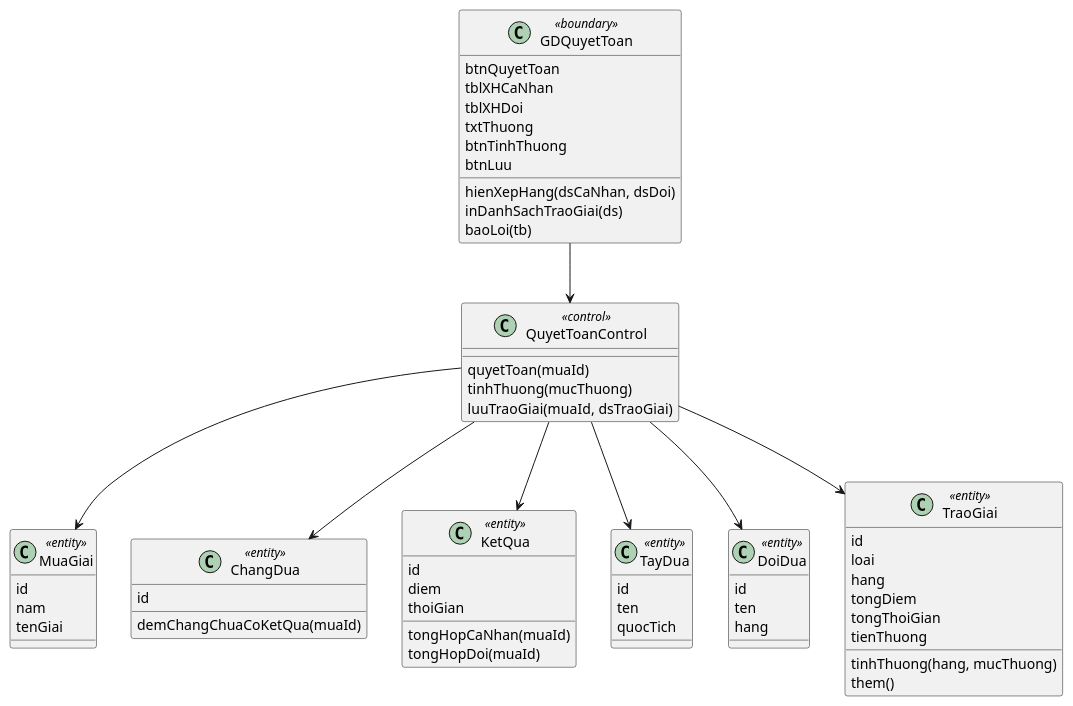
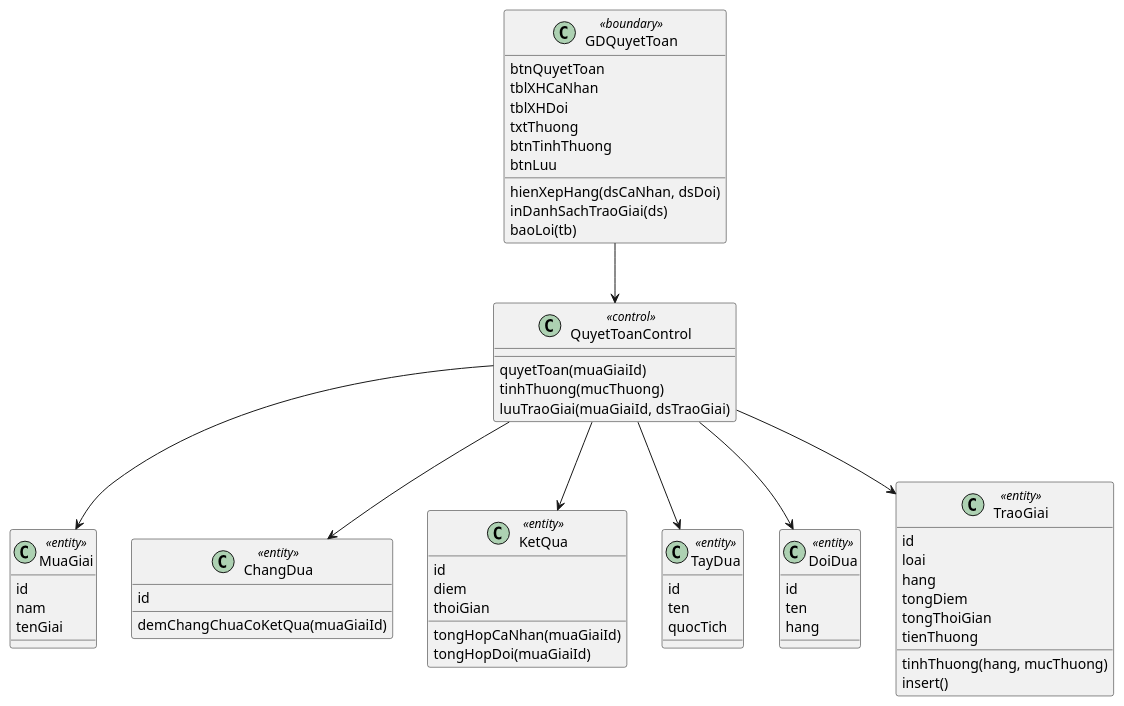
The third of 5 diagrams in Module 4 - Thanh/noi-dung.md (7gho/CNPM-He2026), drawn with PlantUML before and after one commit. The commit also changed other lines of this file and 9 other files, not shown here.

Commit message:
System-wide consistency + completeness pass (audit-driven): add ThanhVien entity, mua giai/tham gia UCs, restore M1 auto-close, English DAO naming, fix M4 KetQua joins

````diff
--- a/Module 4 - Thanh/noi-dung.md
+++ b/Module 4 - Thanh/noi-dung.md
@@ -84,63 +84,63 @@
 ```plantuml
 @startuml
 class GDQuyetToan <<boundary>> {
   btnQuyetToan
   tblXHCaNhan
   tblXHDoi
   txtThuong
   btnTinhThuong
   btnLuu
   hienXepHang(dsCaNhan, dsDoi)
   inDanhSachTraoGiai(ds)
   baoLoi(tb)
 }
 class QuyetToanControl <<control>> {
-  quyetToan(muaId)
+  quyetToan(muaGiaiId)
   tinhThuong(mucThuong)
-  luuTraoGiai(muaId, dsTraoGiai)
+  luuTraoGiai(muaGiaiId, dsTraoGiai)
 }
 class MuaGiai <<entity>> {
   id
   nam
   tenGiai
 }
 class ChangDua <<entity>> {
   id
-  demChangChuaCoKetQua(muaId)
+  demChangChuaCoKetQua(muaGiaiId)
 }
 class KetQua <<entity>> {
   id
   diem
   thoiGian
-  tongHopCaNhan(muaId)
-  tongHopDoi(muaId)
+  tongHopCaNhan(muaGiaiId)
+  tongHopDoi(muaGiaiId)
 }
 class TayDua <<entity>> {
   id
   ten
   quocTich
 }
 class DoiDua <<entity>> {
   id
   ten
   hang
 }
 class TraoGiai <<entity>> {
   id
   loai
   hang
   tongDiem
   tongThoiGian
   tienThuong
   tinhThuong(hang, mucThuong)
-  them()
+  insert()
 }
 GDQuyetToan --> QuyetToanControl
 QuyetToanControl --> MuaGiai
 QuyetToanControl --> ChangDua
 QuyetToanControl --> KetQua
 QuyetToanControl --> TayDua
 QuyetToanControl --> DoiDua
 QuyetToanControl --> TraoGiai
 @enduml
 ```
````
